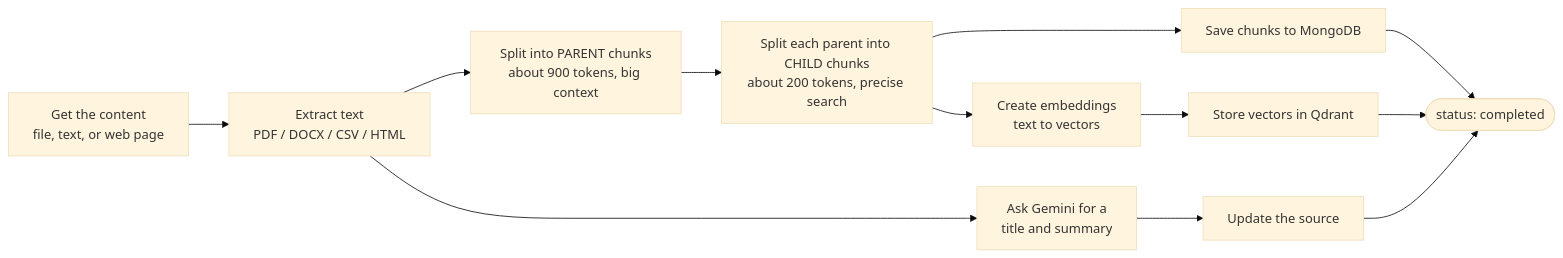
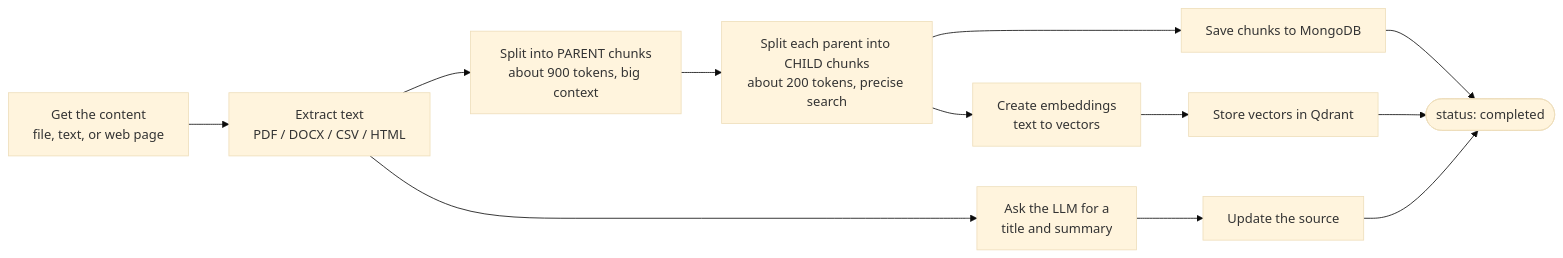
Before and after one commit to Arindam-Roy2004/Sagewell: the fifth of 11 diagrams in readme.md, drawn with Mermaid (base theme). The commit also changed other lines of this file and 16 other files, not shown here.

First line of the commit message:
Switch LLM and embeddings from Gemini to OpenRouter

````diff
--- a/readme.md
+++ b/readme.md
@@ -202,14 +202,14 @@
 ```mermaid
 flowchart LR
     A["Get the content<br/>file, text, or web page"] --> B["Extract text<br/>PDF / DOCX / CSV / HTML"]
     B --> C["Split into PARENT chunks<br/>about 900 tokens, big context"]
     C --> D["Split each parent into CHILD chunks<br/>about 200 tokens, precise search"]
     D --> E["Save chunks to MongoDB"]
     D --> F["Create embeddings<br/>text to vectors"]
     F --> G["Store vectors in Qdrant"]
-    B --> H["Ask Gemini for a<br/>title and summary"]
+    B --> H["Ask the LLM for a<br/>title and summary"]
     H --> I["Update the source"]
     E --> J(["status: completed"])
     G --> J
     I --> J
 ```
````
